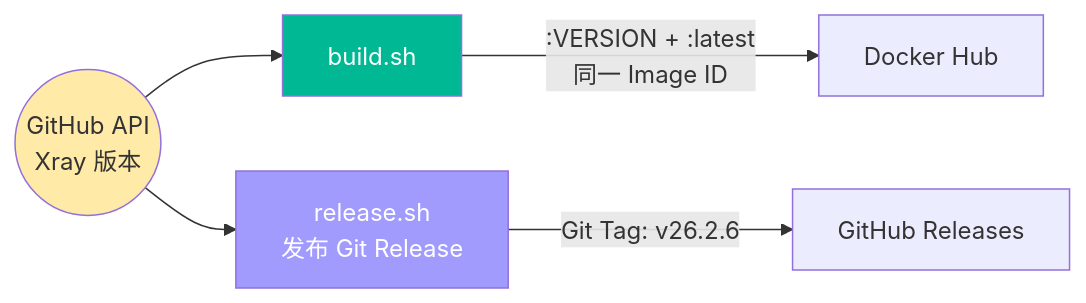
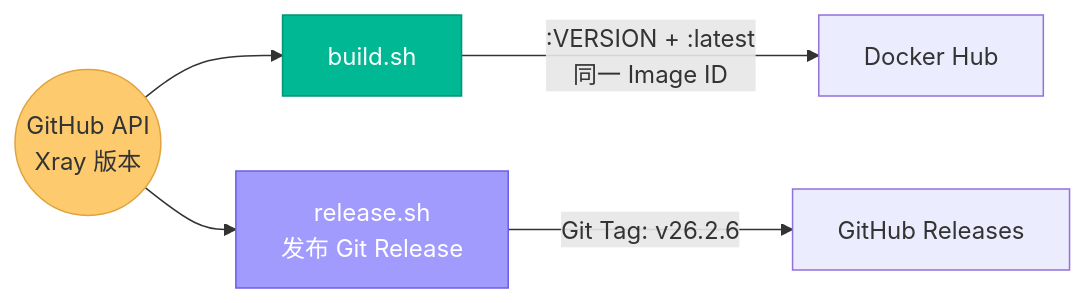
Before and after one commit to currycan/sb-xray: the fourth of 4 diagrams in docs/05-build-release.md, drawn with Mermaid. The commit also changed other lines of this file and 5 other files, not shown here.

````diff
--- a/docs/05-build-release.md
+++ b/docs/05-build-release.md
@@ -420,12 +420,12 @@
 ```mermaid
-graph LR
+flowchart LR
     API(("GitHub API<br/>Xray 版本")) --> Build
     API --> Release
 
     Build["build.sh"] -- ":VERSION + :latest\n同一 Image ID" --> Registry["Docker Hub"]
     Release["release.sh<br/>发布 Git Release"] -- "Git Tag: v26.2.6" --> GitHub["GitHub Releases"]
 
-    style Build fill:#00b894,color:white
-    style Release fill:#a29bfe,color:white
-    style API fill:#ffeaa7
+    style Build fill:#00b894,stroke:#009577,color:#fff
+    style Release fill:#a29bfe,stroke:#6c5ce7,color:#fff
+    style API fill:#fdcb6e,stroke:#e0a33e,color:#333
 ```
````
